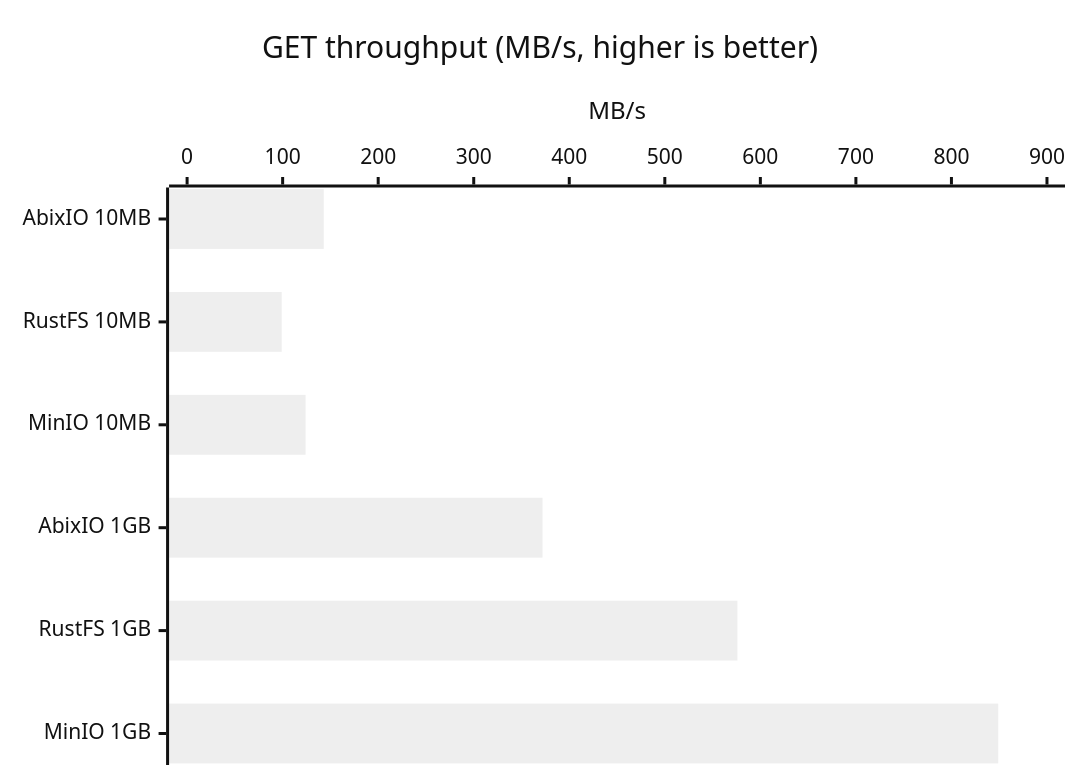
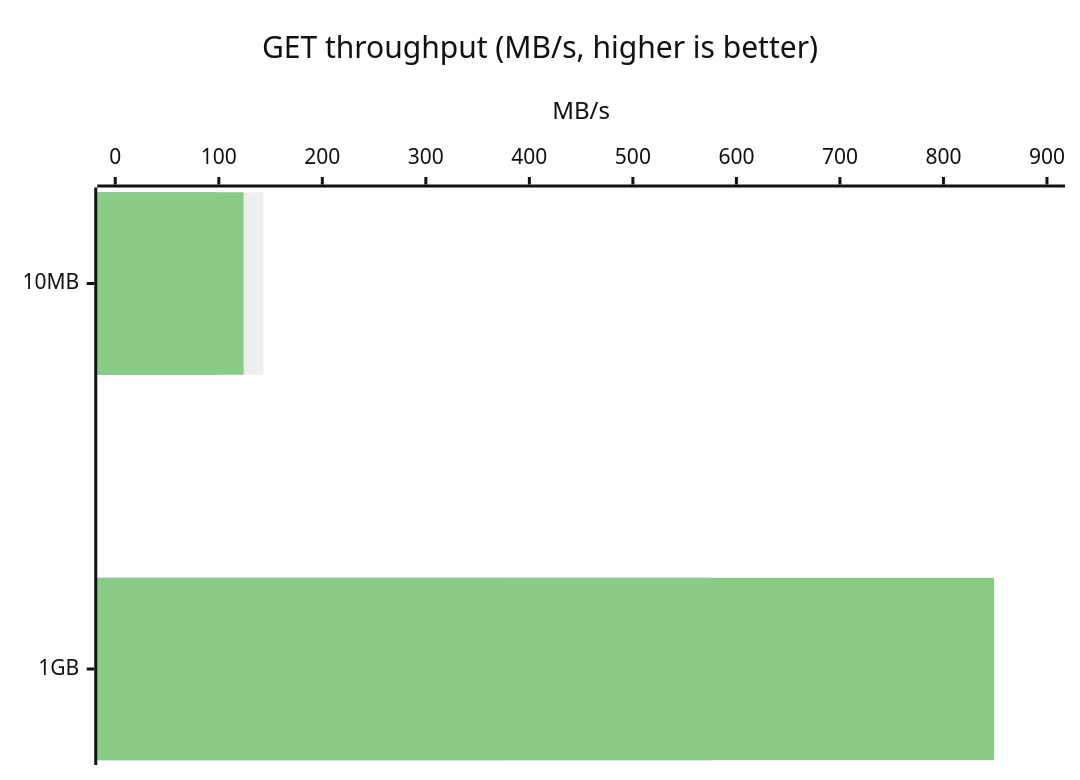
Before and after one commit to abix-/abixio: the second of 3 diagrams in docs/benchmarks.md, drawn with Mermaid (neutral theme). The commit also changed other lines of this file, not shown here.

Commit message:
benchmarks: grouped bars with per-product colors

````diff
--- a/docs/benchmarks.md
+++ b/docs/benchmarks.md
@@ -21,7 +23,9 @@
 ```mermaid
 xychart-beta horizontal
     title "GET throughput (MB/s, higher is better)"
-    x-axis ["AbixIO 10MB", "RustFS 10MB", "MinIO 10MB", "AbixIO 1GB", "RustFS 1GB", "MinIO 1GB"]
+    x-axis ["10MB", "1GB"]
     y-axis "MB/s" 0 --> 900
-    bar [143, 99, 124, 372, 576, 849]
+    bar "AbixIO" [143, 372]
+    bar "RustFS" [99, 576]
+    bar "MinIO" [124, 849]
 ```
````
